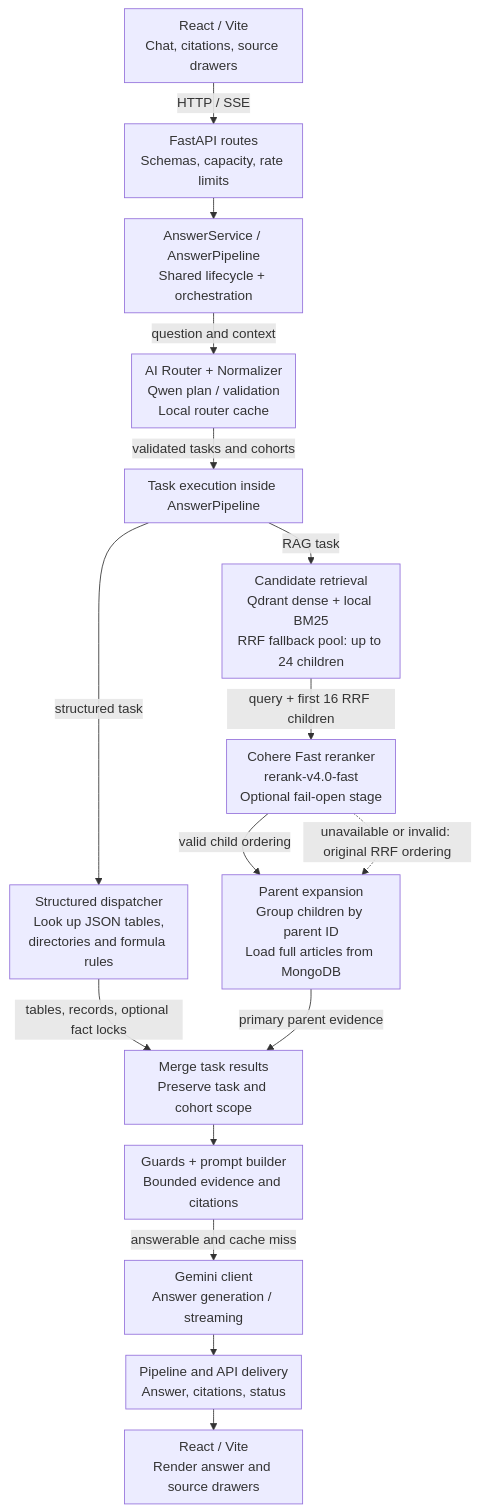
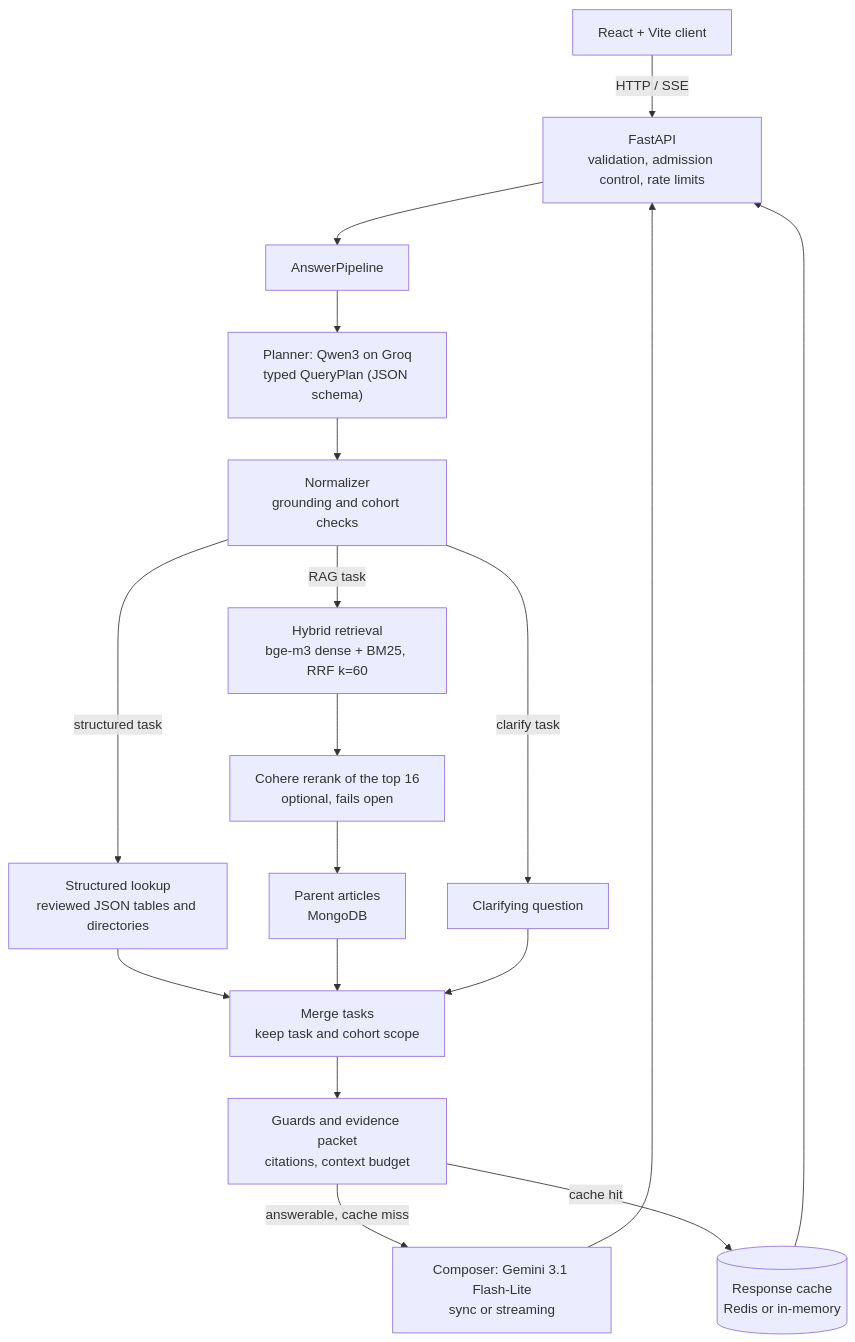
One commit to AnhPhiNe/student-handbook-rag-chatbot changed the first of 2 diagrams in README.md. Above: the diagram before and after it, drawn with Mermaid. The commit also changed other lines of this file and 1 other file, not shown here.

First line of the commit message:
docs: rewrite the README for a first-time reader

````diff
--- a/README.md
+++ b/README.md
@@ -164,19 +72,20 @@
-~~~mermaid
-%%{init: {"flowchart": {"wrappingWidth": 180, "nodeSpacing": 20, "rankSpacing": 25, "padding": 8}}}%%
+```mermaid
 flowchart TD
-    UI["React / Vite<br/>Chat, citations, source drawers"] -->|HTTP / SSE| API["FastAPI routes<br/>Schemas, capacity, rate limits"]
-    API --> Pipeline["AnswerService / AnswerPipeline<br/>Shared lifecycle + orchestration"]
-    Pipeline -->|question and context| Planner["AI Router + Normalizer<br/>Qwen plan / validation<br/>Local router cache"]
-    Planner -->|validated tasks and cohorts| Execute["Task execution inside AnswerPipeline"]
-    Execute -->|structured task| Structured["Structured dispatcher<br/>Look up JSON tables,<br/>directories and formula rules"]
-    Execute -->|RAG task| CandidateSearch["Candidate retrieval<br/>Qdrant dense + local BM25<br/>RRF fallback pool: up to 24 children"]
-    CandidateSearch -->|query + first 16 RRF children| Reranker["Cohere Fast reranker<br/>rerank-v4.0-fast<br/>Optional fail-open stage"]
-    Reranker -->|valid child ordering| ParentLoad["Parent expansion<br/>Group children by parent ID<br/>Load full articles from MongoDB"]
-    Reranker -.->|unavailable or invalid: original RRF ordering| ParentLoad
-    Structured -->|tables, records, optional fact locks| Merge["Merge task results<br/>Preserve task and cohort scope"]
-    ParentLoad -->|primary parent evidence| Merge
-    Merge --> Packet["Guards + prompt builder<br/>Bounded evidence and citations"]
-    Packet -->|answerable and cache miss| Composer["Gemini client<br/>Answer generation / streaming"]
-    Composer --> Delivery["Pipeline and API delivery<br/>Answer, citations, status"]
-    Delivery --> Display["React / Vite<br/>Render answer and source drawers"]
-~~~
+    UI["React + Vite client"] -->|"HTTP / SSE"| API["FastAPI<br/>validation, admission control, rate limits"]
+    API --> Pipeline["AnswerPipeline"]
+    Pipeline --> Planner["Planner: Qwen3 on Groq<br/>typed QueryPlan (JSON schema)"]
+    Planner --> Normalizer["Normalizer<br/>grounding and cohort checks"]
+    Normalizer -->|structured task| Lookup["Structured lookup<br/>reviewed JSON tables and directories"]
+    Normalizer -->|RAG task| Retrieve["Hybrid retrieval<br/>bge-m3 dense + BM25, RRF k=60"]
+    Normalizer -->|clarify task| Clarify["Clarifying question"]
+    Retrieve --> Rerank["Cohere rerank of the top 16<br/>optional, fails open"]
+    Rerank --> Parents["Parent articles<br/>MongoDB"]
+    Lookup --> Merge["Merge tasks<br/>keep task and cohort scope"]
+    Parents --> Merge
+    Clarify --> Merge
+    Merge --> Packet["Guards and evidence packet<br/>citations, context budget"]
+    Packet -->|answerable, cache miss| Composer["Composer: Gemini 3.1 Flash-Lite<br/>sync or streaming"]
+    Packet -->|cache hit| Cache[("Response cache<br/>Redis or in-memory")]
+    Composer --> API
+    Cache --> API
+```
````
